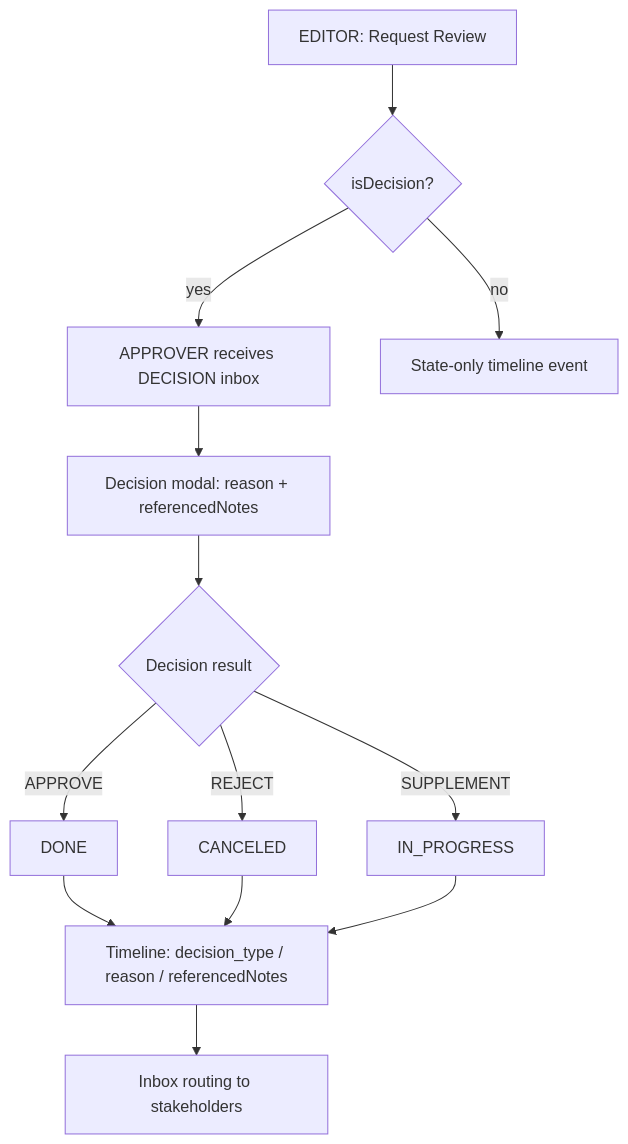
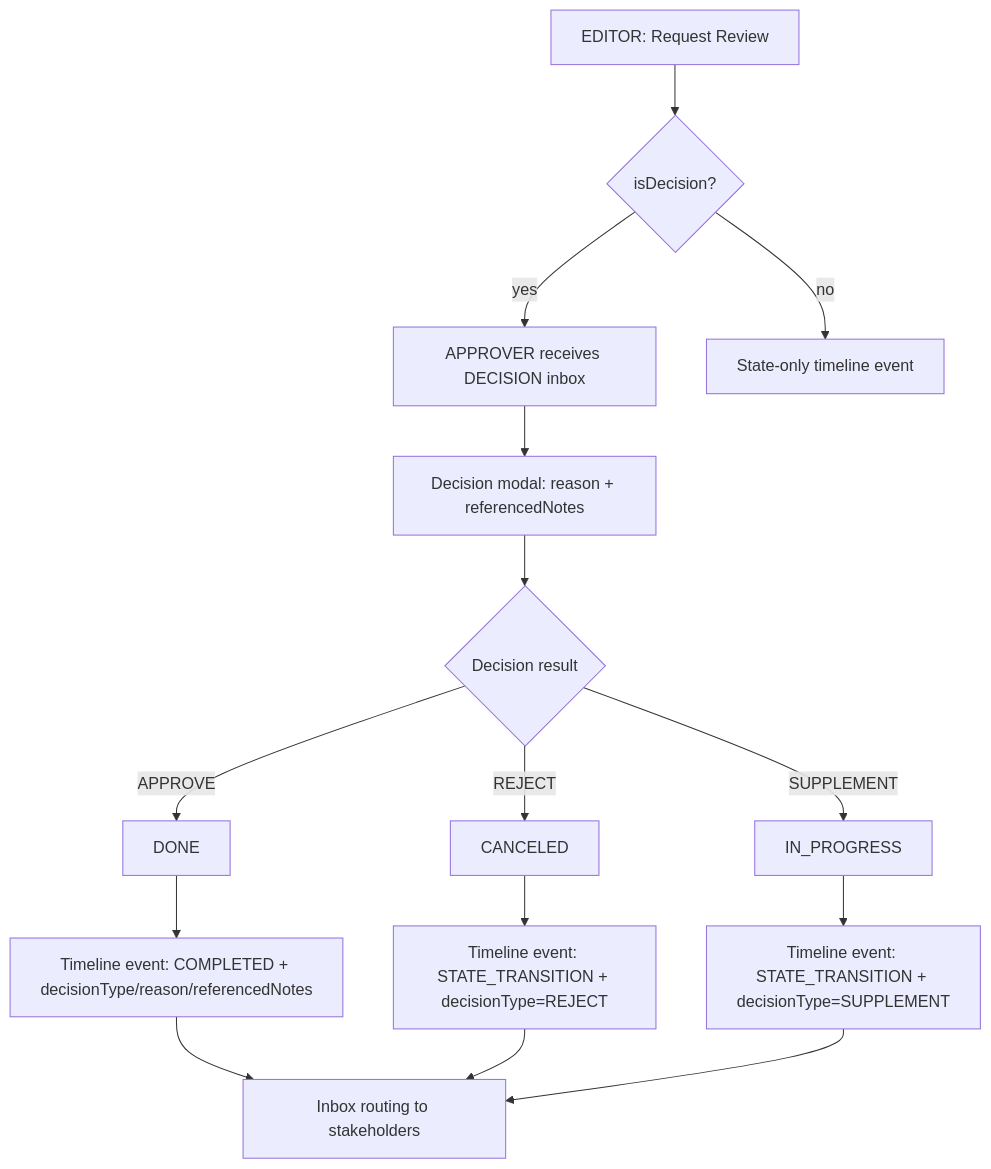
The second of 6 diagrams in docs/ACTION_FLOWS.md (claire-yunsumin/test), drawn with Mermaid before and after one commit. The commit also changed other lines of this file, not shown here.

Commit message:
Align action flow docs with implemented timeline events.
This updates decision and trigger wording to match actual server event names and decisionType-based semantics.

Made-with: Cursor

````diff
--- a/docs/ACTION_FLOWS.md
+++ b/docs/ACTION_FLOWS.md
@@ -23,15 +23,17 @@
 ```mermaid
 flowchart TD
   A[EDITOR: Request Review] --> B{isDecision?}
   B -- yes --> C[APPROVER receives DECISION inbox]
   B -- no --> D[State-only timeline event]
   C --> E[Decision modal: reason + referencedNotes]
   E --> F{Decision result}
   F -- APPROVE --> G[DONE]
   F -- REJECT --> H[CANCELED]
   F -- SUPPLEMENT --> I[IN_PROGRESS]
-  G --> J[Timeline: decision_type / reason / referencedNotes]
-  H --> J
-  I --> J
-  J --> K[Inbox routing to stakeholders]
+  G --> J[Timeline event: COMPLETED + decisionType/reason/referencedNotes]
+  H --> K[Timeline event: STATE_TRANSITION + decisionType=REJECT]
+  I --> L[Timeline event: STATE_TRANSITION + decisionType=SUPPLEMENT]
+  J --> M[Inbox routing to stakeholders]
+  K --> M
+  L --> M
 ```
````
